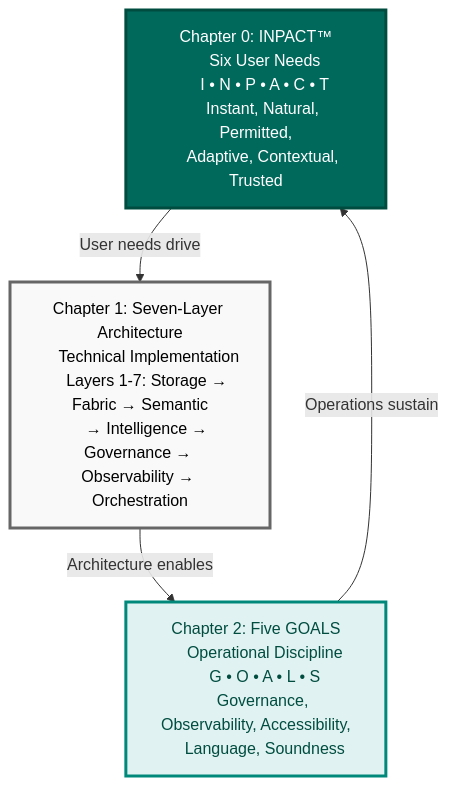
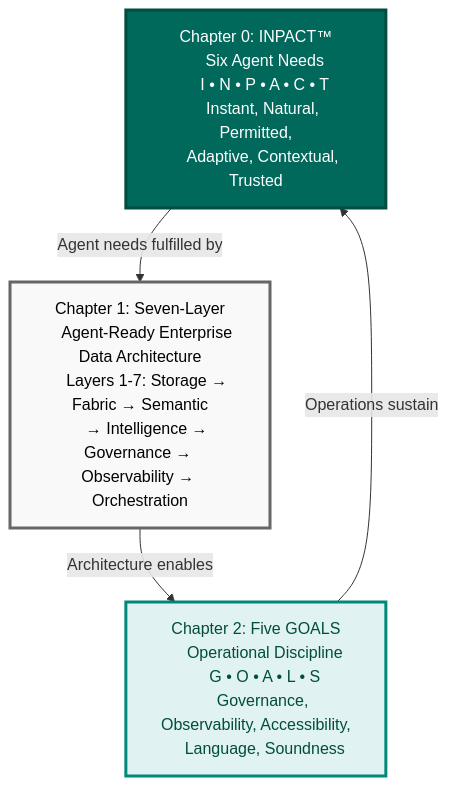
The first of 11 diagrams in chapter-02/chapter_2_complete.md (colaberry/enterprise-data-readiness-ai-agents), drawn with Mermaid before and after one commit. The commit also changed other lines of this file, not shown here.

First line of the commit message:
fixing chapter 2 diagrams

````diff
--- a/chapter-02/chapter_2_complete.md
+++ b/chapter-02/chapter_2_complete.md
@@ -137,27 +137,27 @@
 ```mermaid
 graph TB
     INPACT["Chapter 0: INPACT™
-    Six User Needs
+    Six Agent Needs
     I • N • P • A • C • T
     Instant, Natural, Permitted,
     Adaptive, Contextual, Trusted"]
     
-    ARCH["Chapter 1: Seven-Layer Architecture
-    Technical Implementation
+    ARCH["Chapter 1: Seven-Layer
+    Agent-Ready Enterprise Data Architecture
     Layers 1-7: Storage → Fabric → Semantic
     → Intelligence → Governance → Observability → Orchestration"]
     
     GOALS["Chapter 2: Five GOALS
     Operational Discipline
     G • O • A • L • S
     Governance, Observability, Accessibility,
     Language, Soundness"]
     
-    INPACT -->|User needs drive| ARCH
+    INPACT -->|Agent needs fulfilled by| ARCH
     ARCH -->|Architecture enables| GOALS
     GOALS -->|Operations sustain| INPACT
     
     style INPACT fill:#00695c,color:#ffffff,stroke:#004d40,stroke-width:3px
     style ARCH fill:#f9f9f9,stroke:#666666,stroke-width:3px,color:#000000
     style GOALS fill:#e0f2f1,stroke:#00897b,stroke-width:3px,color:#004d40
 ```
````
